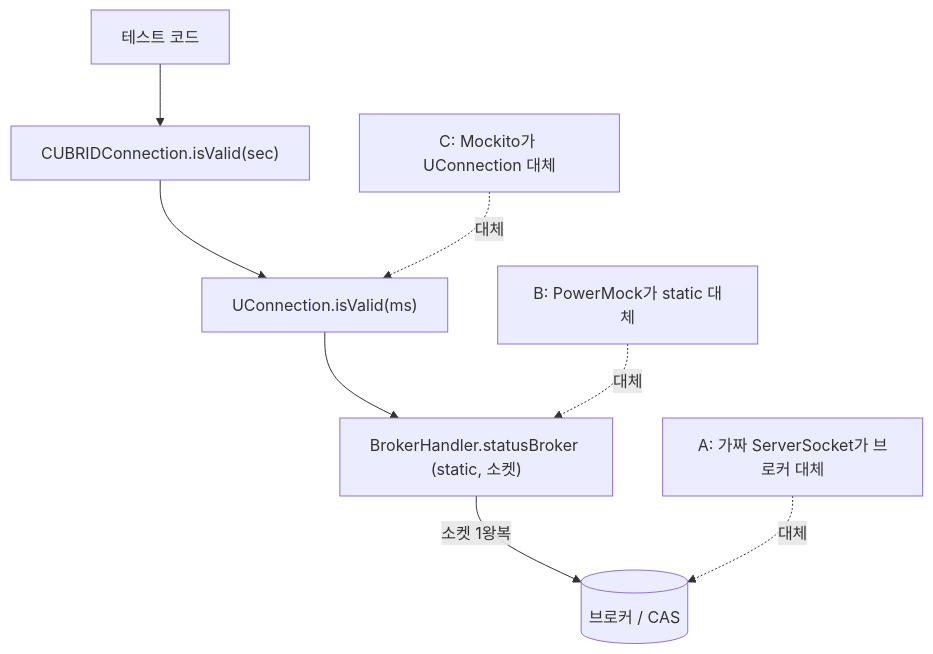
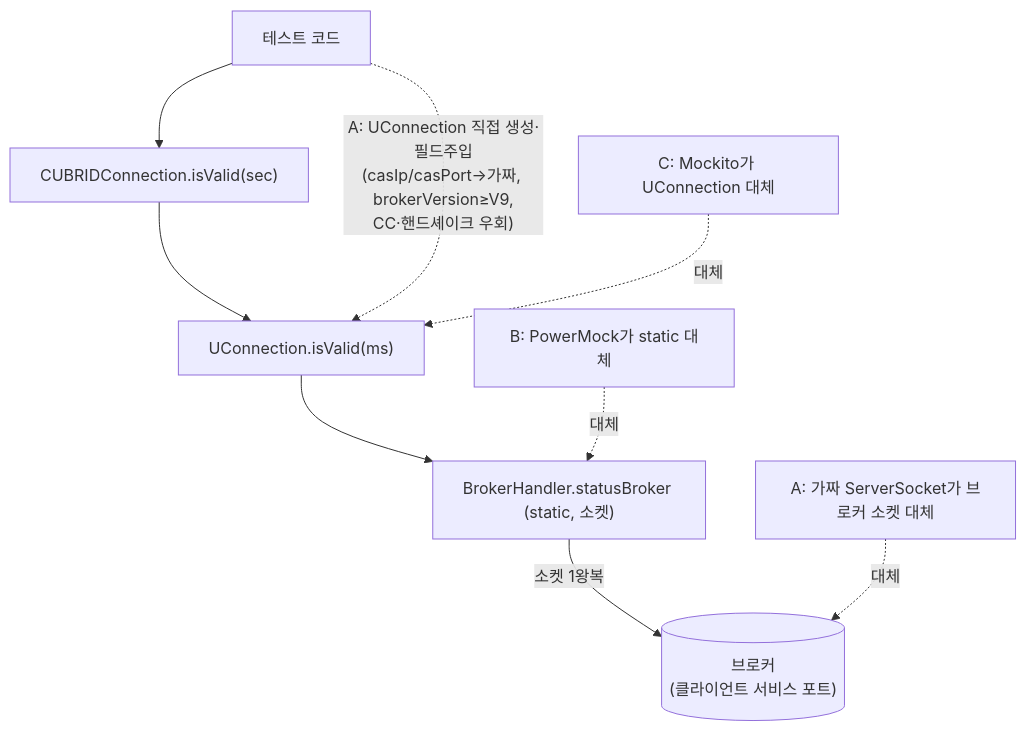
Before and after one commit to Srltas/work-docs: the first of 2 diagrams in analysis/2026-07-14-cas-mock-fake-broker.md, drawn with Mermaid. The commit also changed other lines of this file, not shown here.

Commit message:
note(analysis): CAS mock 문서 정정 — CTP 실행모델 반영(brokerVersion 게이트·JUnit4 제약·Testcontainers 부재)

````diff
--- a/analysis/2026-07-14-cas-mock-fake-broker.md
+++ b/analysis/2026-07-14-cas-mock-fake-broker.md
@@ -67,10 +75,11 @@
 ```mermaid
 flowchart TD
   TEST["테스트 코드"] --> CC["CUBRIDConnection.isValid(sec)"]
   CC --> UC["UConnection.isValid(ms)"]
   UC --> BH["BrokerHandler.statusBroker (static, 소켓)"]
-  BH -->|소켓 1왕복| BR[("브로커 / CAS")]
+  BH -->|소켓 1왕복| BR[("브로커<br/>(클라이언트 서비스 포트)")]
+  TEST -. "A: UConnection 직접 생성·필드주입<br/>(casIp/casPort→가짜, brokerVersion≥V9,<br/>CC·핸드셰이크 우회)" .-> UC
+  aMock["A: 가짜 ServerSocket가 브로커 소켓 대체"] -. 대체 .-> BR
   cMock["C: Mockito가 UConnection 대체"] -. 대체 .-> UC
   bMock["B: PowerMock가 static 대체"] -. 대체 .-> BH
-  aMock["A: 가짜 ServerSocket가 브로커 대체"] -. 대체 .-> BR
 ```
````
